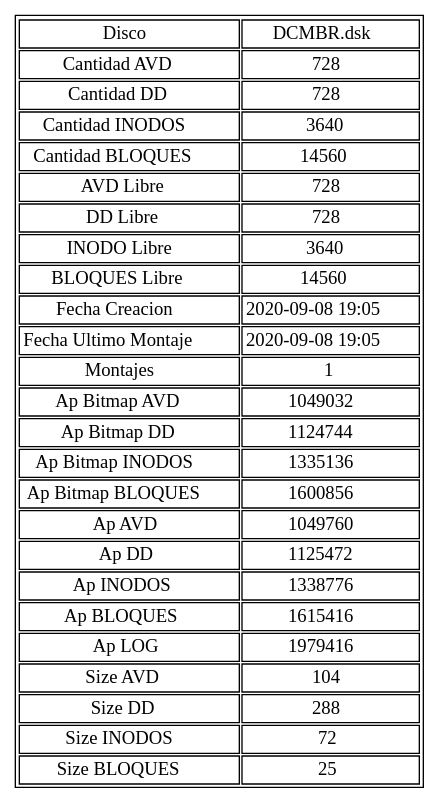
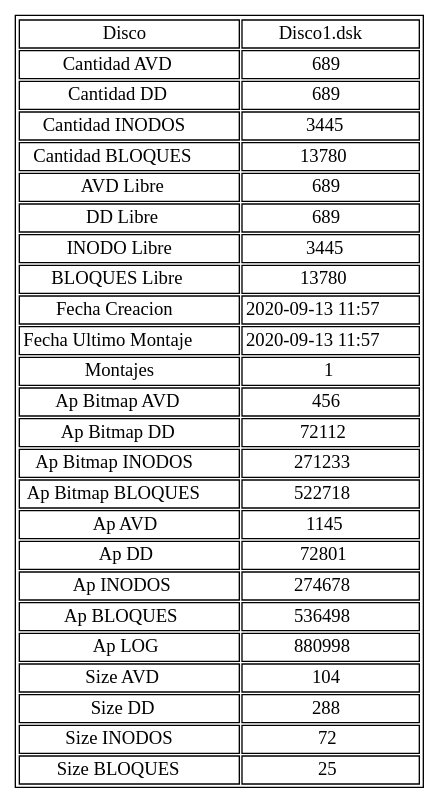
One commit to RandyCan2000/MIAProyecto1_201801527 changed the diagram in Assets/SuperBoot.dot. Above: the diagram before and after it, drawn with Graphviz. The commit also changed 14 other files, not shown here.

```diff
--- a/Assets/SuperBoot.dot
+++ b/Assets/SuperBoot.dot
@@ -1,6 +1,6 @@
 digraph g{
 node [shape=plain] 
- a0 [label=<<TABLE><TR><TD>Disco</TD><TD>DCMBR.dsk</TD></TR><TR><TD>Cantidad AVD</TD><TD>728</TD></TR><TR><TD>Cantidad DD</TD><TD>728</TD></TR><TR><TD>Cantidad INODOS</TD><TD>3640</TD></TR><TR><TD>Cantidad BLOQUES</TD><TD>14560</TD></TR><TR><TD>AVD Libre</TD><TD>728</TD></TR><TR><TD>DD Libre</TD><TD>728</TD></TR><TR><TD>INODO Libre</TD><TD>3640</TD></TR><TR><TD>BLOQUES Libre</TD><TD>14560</TD></TR><TR><TD>Fecha Creacion</TD><TD>2020-09-08 19:05</TD></TR><TR><TD>Fecha Ultimo Montaje</TD><TD>2020-09-08 19:05</TD></TR><TR><TD>Montajes</TD><TD>1</TD></TR><TR><TD>Ap Bitmap AVD</TD><TD>1049032</TD></TR><TR><TD>Ap Bitmap DD</TD><TD>1124744</TD></TR><TR><TD>Ap Bitmap INODOS</TD><TD>1335136</TD></TR><TR><TD>Ap Bitmap BLOQUES</TD><TD>1600856</TD></TR><TR><TD>Ap AVD</TD><TD>1049760</TD></TR><TR><TD>Ap DD</TD><TD>1125472</TD></TR><TR><TD>Ap INODOS</TD><TD>1338776</TD></TR><TR><TD>Ap BLOQUES</TD><TD>1615416</TD></TR><TR><TD>Ap LOG</TD><TD>1979416</TD></TR><TR><TD>Size AVD</TD><TD>104</TD></TR><TR><TD>Size DD</TD><TD>288</TD></TR><TR><TD>Size INODOS</TD><TD>72</TD></TR><TR><TD>Size BLOQUES</TD><TD>25</TD></TR>
+ a0 [label=<<TABLE><TR><TD>Disco</TD><TD>Disco1.dsk</TD></TR><TR><TD>Cantidad AVD</TD><TD>689</TD></TR><TR><TD>Cantidad DD</TD><TD>689</TD></TR><TR><TD>Cantidad INODOS</TD><TD>3445</TD></TR><TR><TD>Cantidad BLOQUES</TD><TD>13780</TD></TR><TR><TD>AVD Libre</TD><TD>689</TD></TR><TR><TD>DD Libre</TD><TD>689</TD></TR><TR><TD>INODO Libre</TD><TD>3445</TD></TR><TR><TD>BLOQUES Libre</TD><TD>13780</TD></TR><TR><TD>Fecha Creacion</TD><TD>2020-09-13 11:57</TD></TR><TR><TD>Fecha Ultimo Montaje</TD><TD>2020-09-13 11:57</TD></TR><TR><TD>Montajes</TD><TD>1</TD></TR><TR><TD>Ap Bitmap AVD</TD><TD>456</TD></TR><TR><TD>Ap Bitmap DD</TD><TD>72112</TD></TR><TR><TD>Ap Bitmap INODOS</TD><TD>271233</TD></TR><TR><TD>Ap Bitmap BLOQUES</TD><TD>522718</TD></TR><TR><TD>Ap AVD</TD><TD>1145</TD></TR><TR><TD>Ap DD</TD><TD>72801</TD></TR><TR><TD>Ap INODOS</TD><TD>274678</TD></TR><TR><TD>Ap BLOQUES</TD><TD>536498</TD></TR><TR><TD>Ap LOG</TD><TD>880998</TD></TR><TR><TD>Size AVD</TD><TD>104</TD></TR><TR><TD>Size DD</TD><TD>288</TD></TR><TR><TD>Size INODOS</TD><TD>72</TD></TR><TR><TD>Size BLOQUES</TD><TD>25</TD></TR>
 </TABLE>>];
 
 }
```
